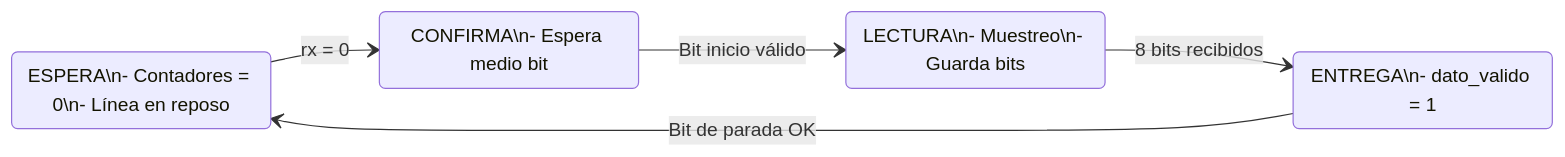
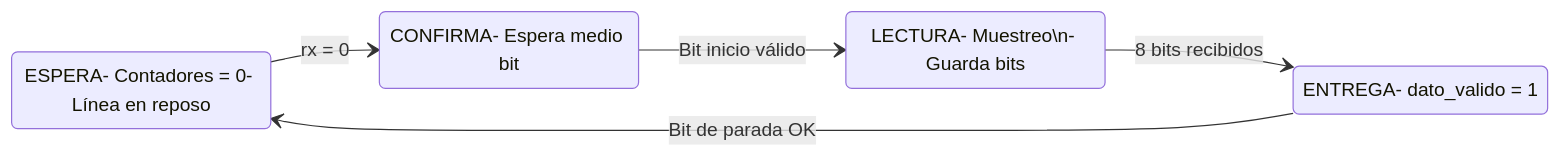
One commit to marcos0811/Enlace-ptico-Visible-Li-Fi-con-Basys-3 changed the second of 2 diagrams in README.md. Above: the diagram before and after it, drawn with Mermaid.

````diff
--- a/README.md
+++ b/README.md
@@ -65,17 +65,17 @@
 ```mermaid
 
 stateDiagram-v2
     direction LR
 
     IDLE --> START : rx = 0
     START --> DATOS : Bit inicio válido
     DATOS --> STOP : 8 bits recibidos
     STOP --> IDLE : Bit de parada OK
 
-    IDLE : ESPERA\n- Contadores = 0\n- Línea en reposo
-    START : CONFIRMA\n- Espera medio bit
-    DATOS : LECTURA\n- Muestreo\n- Guarda bits
-    STOP : ENTREGA\n- dato_valido = 1
+    IDLE : ESPERA- Contadores = 0- Línea en reposo
+    START : CONFIRMA- Espera medio bit
+    DATOS : LECTURA- Muestreo\n- Guarda bits
+    STOP : ENTREGA- dato_valido = 1
 
 
 ```
````
